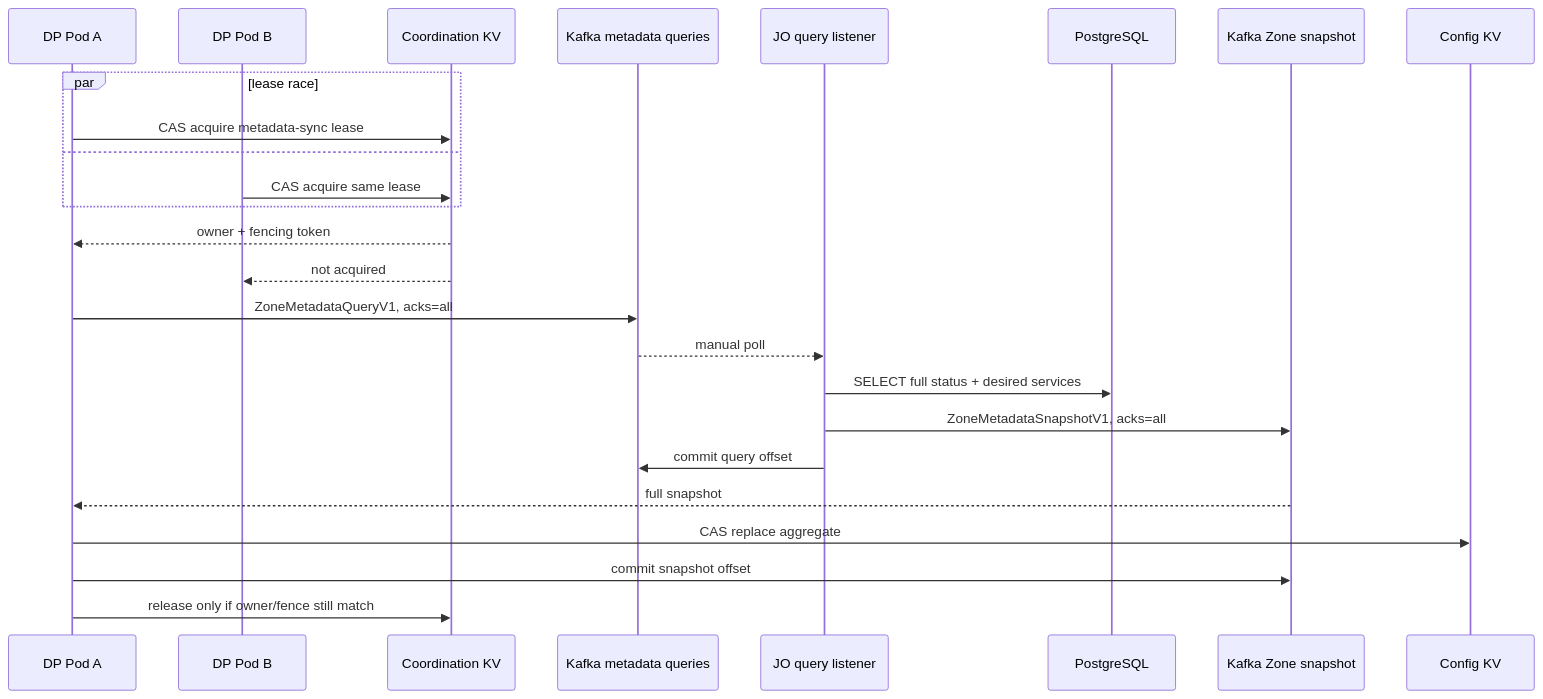
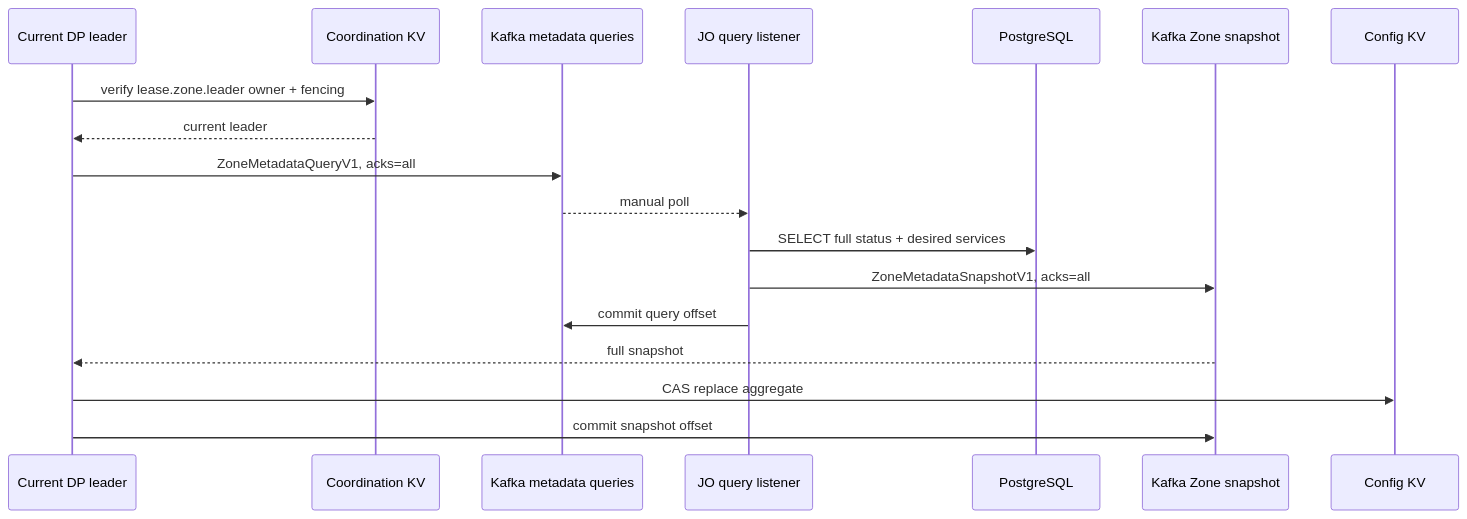
Before and after one commit to phucle996/aurora: the third of 3 diagrams in god_view/hierarchy/zone_metadata_sync_and_state_machine_god_view.md, drawn with Mermaid. The commit also changed other lines of this file and 69 other files, not shown here.

Commit message:
feat: replace zone gateway with leader module to handle metadata synchronization and health monitoring

````diff
--- a/god_view/hierarchy/zone_metadata_sync_and_state_machine_god_view.md
+++ b/god_view/hierarchy/zone_metadata_sync_and_state_machine_god_view.md
@@ -103,28 +103,21 @@
 ```mermaid
 sequenceDiagram
-    participant A as DP Pod A
-    participant B as DP Pod B
+    participant A as Current DP leader
     participant C as Coordination KV
     participant KQ as Kafka metadata queries
     participant JO as JO query listener
     participant PG as PostgreSQL
     participant KS as Kafka Zone snapshot
     participant KV as Config KV
 
-    par lease race
-        A->>C: CAS acquire metadata-sync lease
-    and
-        B->>C: CAS acquire same lease
-    end
-    C-->>A: owner + fencing token
-    C-->>B: not acquired
+    A->>C: verify lease.zone.leader owner + fencing
+    C-->>A: current leader
     A->>KQ: ZoneMetadataQueryV1, acks=all
     KQ-->>JO: manual poll
     JO->>PG: SELECT full status + desired services
     JO->>KS: ZoneMetadataSnapshotV1, acks=all
     JO->>KQ: commit query offset
     KS-->>A: full snapshot
     A->>KV: CAS replace aggregate
     A->>KS: commit snapshot offset
-    A->>C: release only if owner/fence still match
 ```
````
